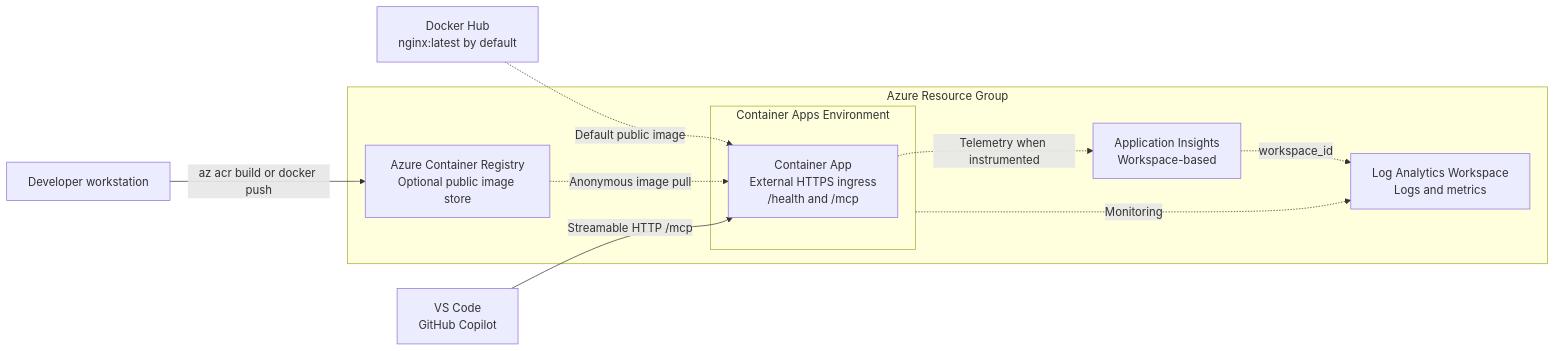
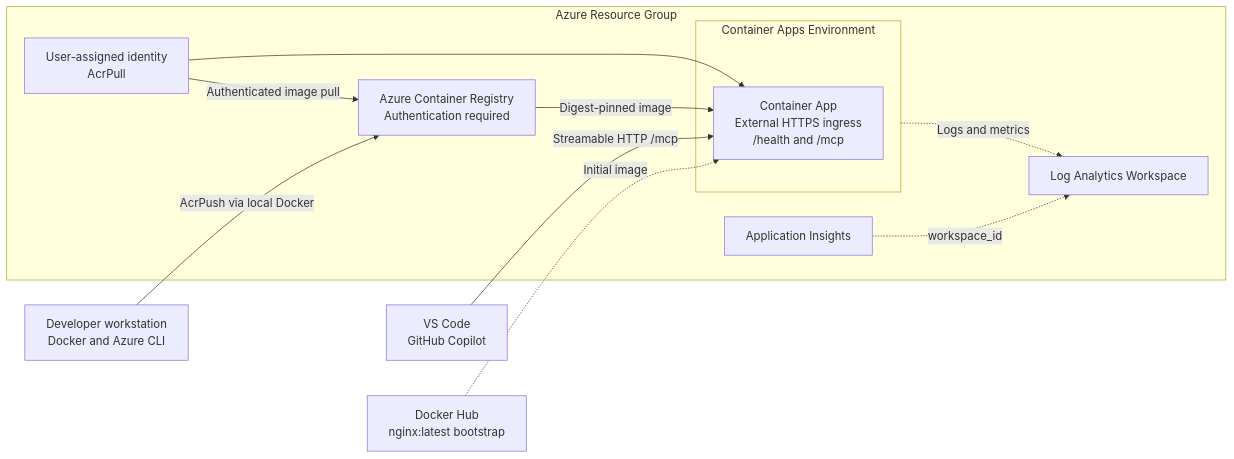
The diagram in infra/scenarios/azure_container_apps/README.md (ks6088ts/template-terraform), drawn with Mermaid before and after one commit. The commit also changed other lines of this file and 21 other files, not shown here.

First line of the commit message:
feat: Add Azure Container Apps scenario with ACR integration

````diff
--- a/infra/scenarios/azure_container_apps/README.md
+++ b/infra/scenarios/azure_container_apps/README.md
@@ -54,23 +53,25 @@
 ```mermaid
 flowchart LR
-    Developer["Developer workstation"]
+    Developer["Developer workstation<br/>Docker and Azure CLI"]
     Copilot["VS Code<br/>GitHub Copilot"]
-    DockerHub["Docker Hub<br/>nginx:latest by default"]
+    Bootstrap["Docker Hub<br/>nginx:latest bootstrap"]
 
     subgraph Azure["Azure Resource Group"]
-        ACR["Azure Container Registry<br/>Optional public image store"]
+        ACR["Azure Container Registry<br/>Authentication required"]
+        Identity["User-assigned identity<br/>AcrPull"]
         subgraph CAE["Container Apps Environment"]
             CA["Container App<br/>External HTTPS ingress<br/>/health and /mcp"]
         end
-        LAW["Log Analytics Workspace<br/>Logs and metrics"]
-        APPI["Application Insights<br/>Workspace-based"]
+        LAW["Log Analytics Workspace"]
+        APPI["Application Insights"]
     end
 
-    Developer -->|az acr build or docker push| ACR
-    DockerHub -.->|Default public image| CA
-    ACR -.->|Anonymous image pull| CA
+    Developer -->|AcrPush via local Docker| ACR
+    Bootstrap -.->|Initial image| CA
+    Identity -->|Authenticated image pull| ACR
+    Identity --> CA
+    ACR -->|Digest-pinned image| CA
     Copilot -->|Streamable HTTP /mcp| CA
-    CAE -.->|Monitoring| LAW
+    CAE -.->|Logs and metrics| LAW
     APPI -.->|workspace_id| LAW
-    CA -.->|Telemetry when instrumented| APPI
 ```
````
